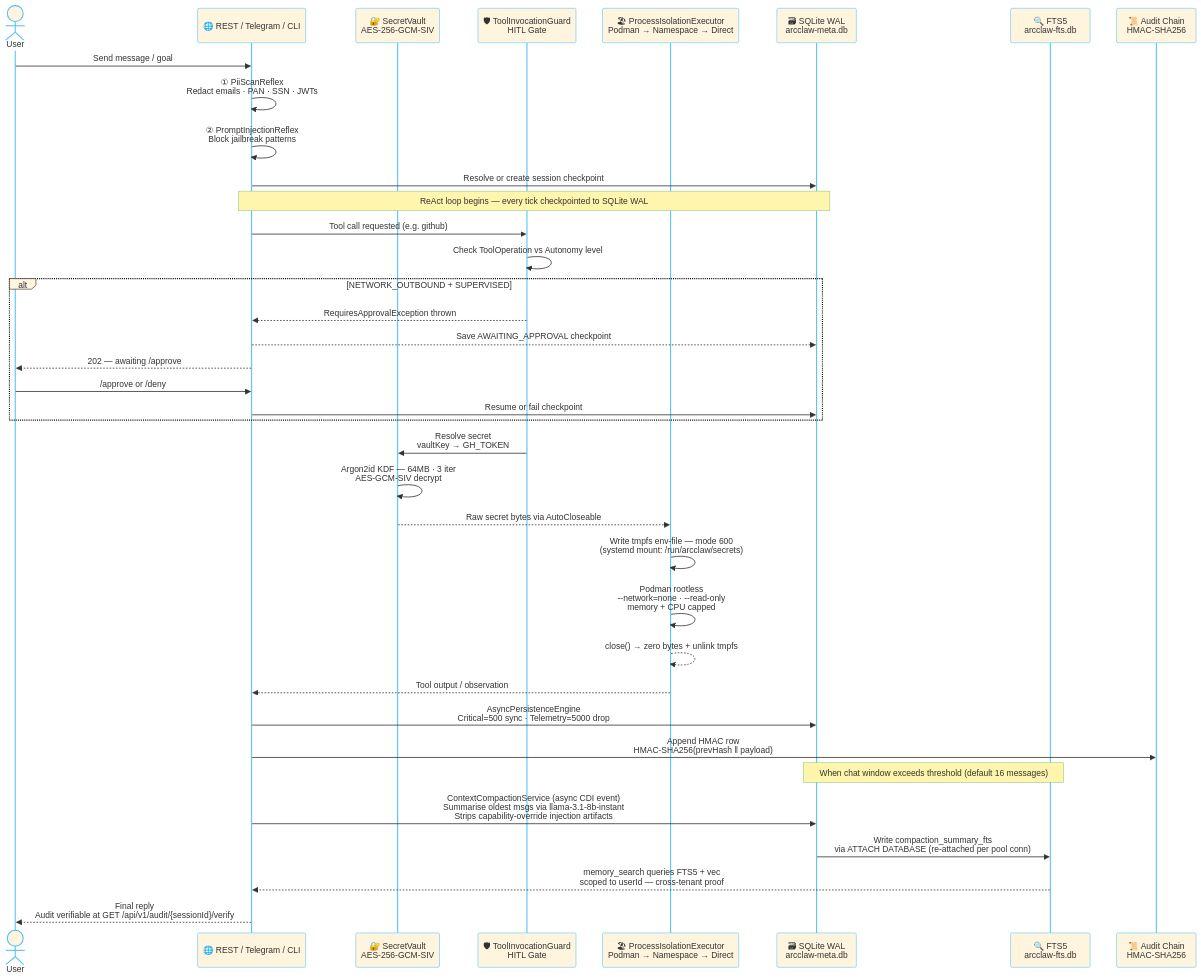
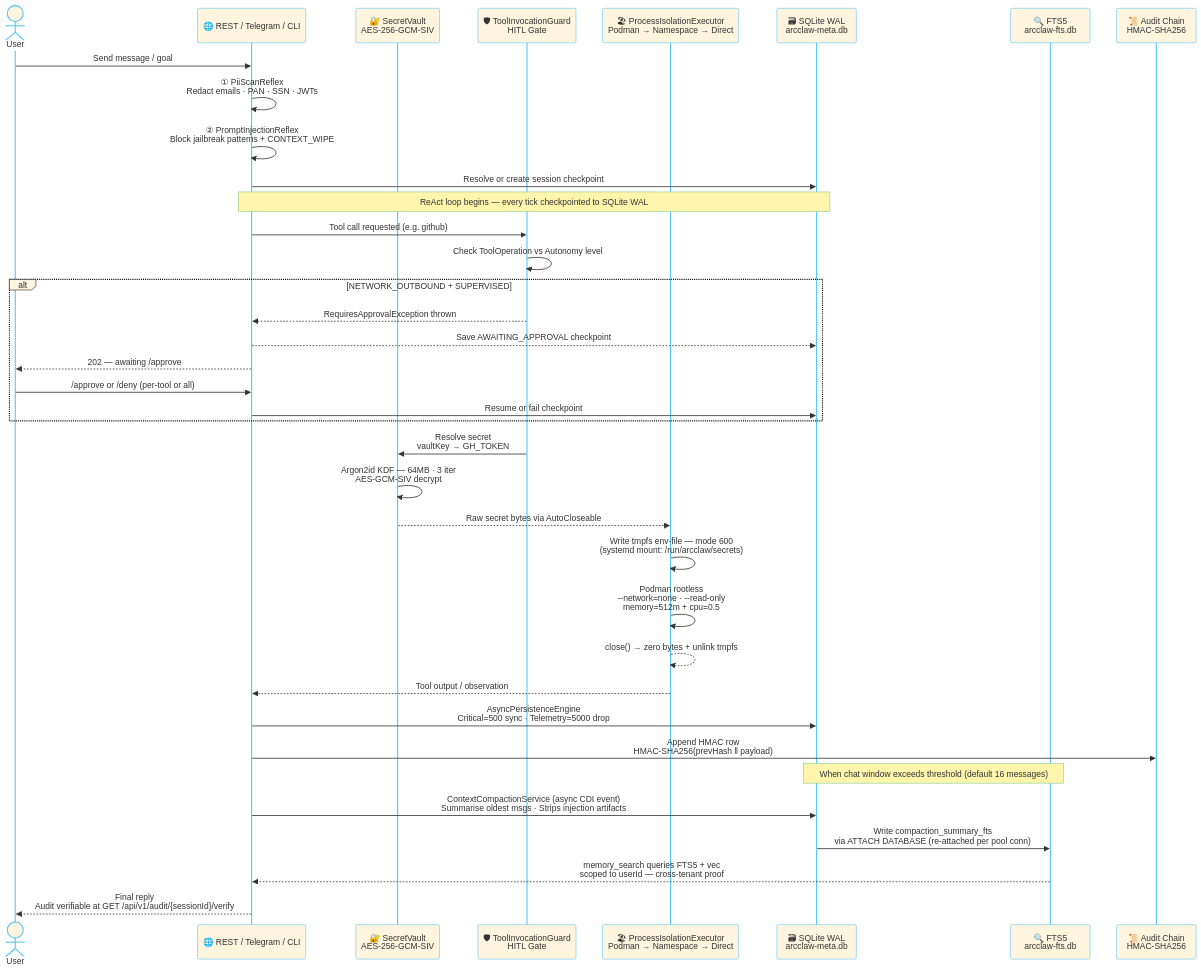
Before and after one commit to rsrini7/AmshaAgent: the seventh of 8 diagrams in README.md, drawn with Mermaid. The commit also changed other lines of this file and 4 other files, not shown here.

````diff
--- a/README.md
+++ b/README.md
@@ -917,50 +976,50 @@
 ```mermaid
 %%{init: {'theme': 'base', 'themeVariables': {'primaryBorderColor': '#4fc3f7', 'lineColor': '#4fc3f7', 'activationBorderColor': '#4fc3f7', 'actorBorder': '#4fc3f7', 'actorLineColor': '#4fc3f7','labelBoxBorderColor': '#0b0c0cff', 'noteBorderColor': '#81c784', 'fontSize': '13px'}}}%%
 sequenceDiagram
     actor User
     participant API as 🌐 REST / Telegram / CLI
     participant Vault as 🔐 SecretVault<br/>AES-256-GCM-SIV
     participant Guard as 🛡 ToolInvocationGuard<br/>HITL Gate
     participant Sandbox as 🏖 ProcessIsolationExecutor<br/>Podman → Namespace → Direct
     participant SQLite as 🗃 SQLite WAL<br/>arcclaw-meta.db
     participant FTS as 🔍 FTS5<br/>arcclaw-fts.db
     participant Audit as 📜 Audit Chain<br/>HMAC-SHA256
 
     User->>API: Send message / goal
     API->>API: ① PiiScanReflex<br/>Redact emails · PAN · SSN · JWTs
-    API->>API: ② PromptInjectionReflex<br/>Block jailbreak patterns
+    API->>API: ② PromptInjectionReflex<br/>Block jailbreak patterns + CONTEXT_WIPE
     API->>SQLite: Resolve or create session checkpoint
 
     Note over API,SQLite: ReAct loop begins — every tick checkpointed to SQLite WAL
 
     API->>Guard: Tool call requested (e.g. github)
     Guard->>Guard: Check ToolOperation vs Autonomy level
 
     alt NETWORK_OUTBOUND + SUPERVISED
         Guard-->>API: RequiresApprovalException thrown
         API-->>SQLite: Save AWAITING_APPROVAL checkpoint
         API-->>User: 202 — awaiting /approve
-        User->>API: /approve or /deny
+        User->>API: /approve or /deny (per-tool or all)
         API->>SQLite: Resume or fail checkpoint
     end
 
     Guard->>Vault: Resolve secret<br/>vaultKey → GH_TOKEN
     Vault->>Vault: Argon2id KDF — 64MB · 3 iter<br/>AES-GCM-SIV decrypt
     Vault-->>Sandbox: Raw secret bytes via AutoCloseable
 
     Sandbox->>Sandbox: Write tmpfs env-file — mode 600<br/>(systemd mount: /run/arcclaw/secrets)
-    Sandbox->>Sandbox: Podman rootless<br/>--network=none · --read-only<br/>memory + CPU capped
+    Sandbox->>Sandbox: Podman rootless<br/>--network=none · --read-only<br/>memory=512m + cpu=0.5
     Sandbox-->>Sandbox: close() → zero bytes + unlink tmpfs
 
     Sandbox-->>API: Tool output / observation
     API->>SQLite: AsyncPersistenceEngine<br/>Critical=500 sync · Telemetry=5000 drop
     API->>Audit: Append HMAC row<br/>HMAC-SHA256(prevHash ‖ payload)
 
     Note over SQLite,FTS: When chat window exceeds threshold (default 16 messages)
 
-    API->>SQLite: ContextCompactionService (async CDI event)<br/>Summarise oldest msgs via llama-3.1-8b-instant<br/>Strips capability-override injection artifacts
+    API->>SQLite: ContextCompactionService (async CDI event)<br/>Summarise oldest msgs · Strips injection artifacts
     SQLite->>FTS: Write compaction_summary_fts<br/>via ATTACH DATABASE (re-attached per pool conn)
     FTS-->>API: memory_search queries FTS5 + vec<br/>scoped to userId — cross-tenant proof
 
     API-->>User: Final reply<br/>Audit verifiable at GET /api/v1/audit/{sessionId}/verify
 ```
````
